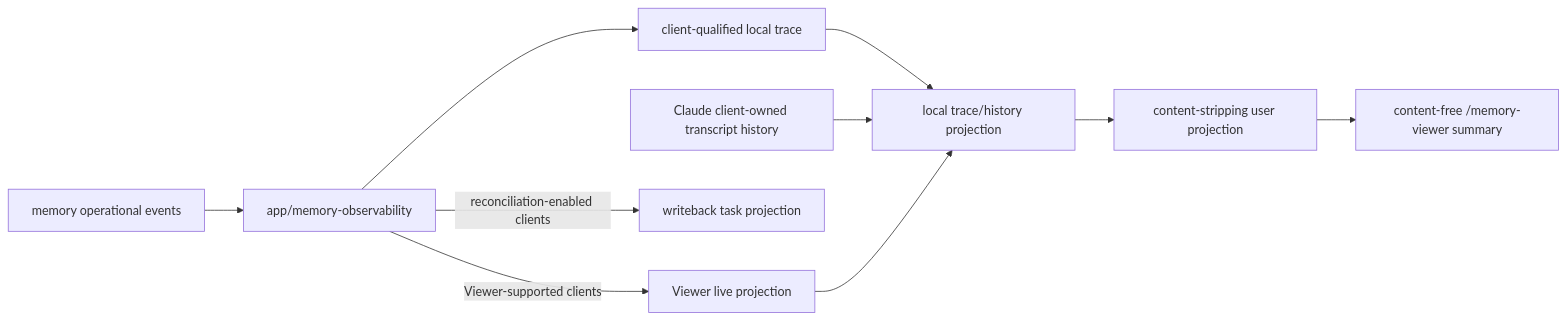
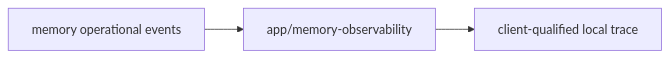
The fifth of 6 diagrams in ARCHITECTURE.md (LimFang/memorax-code), drawn with Mermaid before and after one commit. The commit also changed other lines of this file and 67 other files, not shown here.

Commit message:
refactor:(backend) remove Memory Viewer

````diff
--- a/ARCHITECTURE.md
+++ b/ARCHITECTURE.md
@@ -669,22 +637,9 @@
 ```mermaid
 flowchart LR
   Events["memory operational events"]
   Fanout["app/memory-observability"]
   Trace["client-qualified local trace"]
-  ViewerSink["Viewer live projection"]
-  TaskProjection["writeback task projection"]
-  NativeHistory["Claude client-owned transcript history"]
-  ViewerStore["local trace/history projection"]
-  UserProjection["content-stripping user projection"]
-  PublicViewer["content-free /memory-viewer summary"]
 
   Events --> Fanout
   Fanout --> Trace
-  Fanout -->|"Viewer-supported clients"| ViewerSink
-  Fanout -->|"reconciliation-enabled clients"| TaskProjection
-  Trace --> ViewerStore
-  NativeHistory --> ViewerStore
-  ViewerSink --> ViewerStore
-  ViewerStore --> UserProjection
-  UserProjection --> PublicViewer
 ```
````
